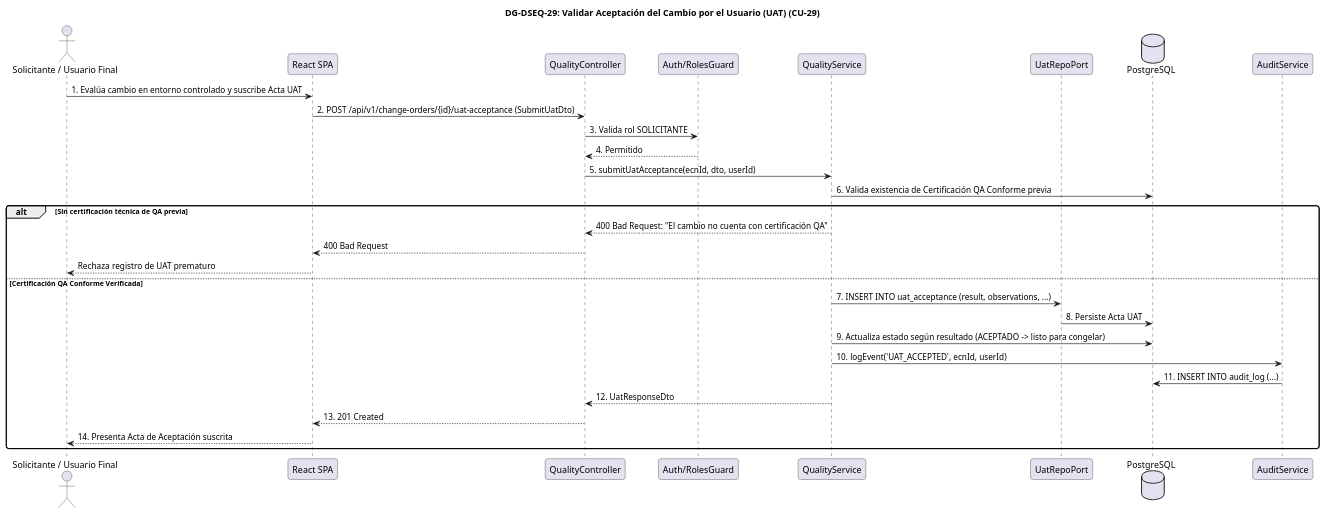
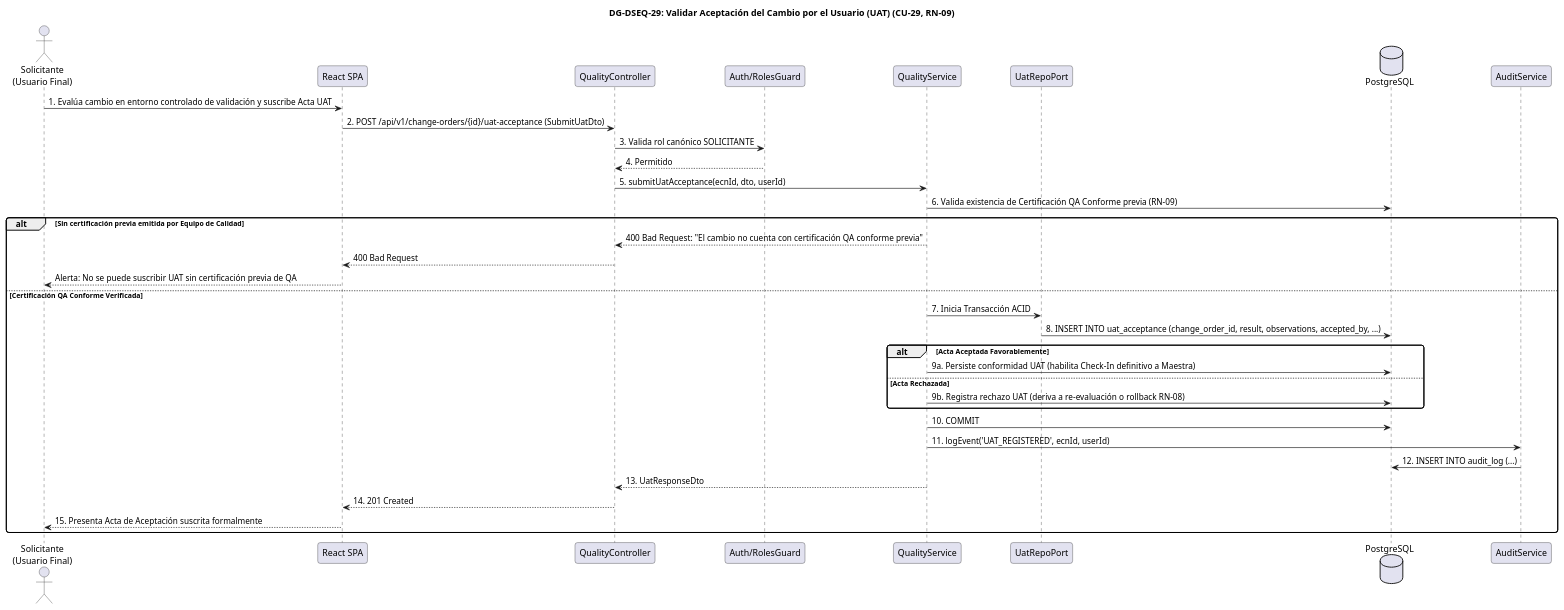
Before and after one commit to JMedina255/TraceFlow: diagram 13 of 15 in FD05-EPIS-Informe_SAD_Diseno.md, drawn with PlantUML. The commit also changed other lines of this file and 6 other files, not shown here.

````diff
--- a/FD05-EPIS-Informe_SAD_Diseno.md
+++ b/FD05-EPIS-Informe_SAD_Diseno.md
@@ -1689,41 +1772,46 @@
 ```plantuml
 @startuml
 skinparam shadowing false
 skinparam roundcorner 8
 skinparam defaultFontName Arial
 
-title <b>DG-DSEQ-29: Validar Aceptación del Cambio por el Usuario (UAT) (CU-29)</b>
+title <b>DG-DSEQ-29: Validar Aceptación del Cambio por el Usuario (UAT) (CU-29, RN-09)</b>
 
-actor "Solicitante / Usuario Final" as Actor
+actor "Solicitante\n(Usuario Final)" as Actor
 participant "React SPA" as UI
 participant "QualityController" as Ctrl
 participant "Auth/RolesGuard" as Guard
 participant "QualityService" as Service
 participant "UatRepoPort" as UatRepo
 database "PostgreSQL" as DB
 participant "AuditService" as Audit
 
-Actor -> UI : 1. Evalúa cambio en entorno controlado y suscribe Acta UAT
+Actor -> UI : 1. Evalúa cambio en entorno controlado de validación y suscribe Acta UAT
 UI -> Ctrl : 2. POST /api/v1/change-orders/{id}/uat-acceptance (SubmitUatDto)
-Ctrl -> Guard : 3. Valida rol SOLICITANTE
+Ctrl -> Guard : 3. Valida rol canónico SOLICITANTE
 Guard --> Ctrl : 4. Permitido
 Ctrl -> Service : 5. submitUatAcceptance(ecnId, dto, userId)
 
-Service -> DB : 6. Valida existencia de Certificación QA Conforme previa
-alt Sin certificación técnica de QA previa
-    Service --> Ctrl : 400 Bad Request: "El cambio no cuenta con certificación QA"
+Service -> DB : 6. Valida existencia de Certificación QA Conforme previa (RN-09)
+alt Sin certificación previa emitida por Equipo de Calidad
+    Service --> Ctrl : 400 Bad Request: "El cambio no cuenta con certificación QA conforme previa"
     Ctrl --> UI : 400 Bad Request
-    UI --> Actor : Rechaza registro de UAT prematuro
+    UI --> Actor : Alerta: No se puede suscribir UAT sin certificación previa de QA
 else Certificación QA Conforme Verificada
-    Service -> UatRepo : 7. INSERT INTO uat_acceptance (result, observations, ...)
-    UatRepo -> DB : 8. Persiste Acta UAT
-    Service -> DB : 9. Actualiza estado según resultado (ACEPTADO -> listo para congelar)
-    Service -> Audit : 10. logEvent('UAT_ACCEPTED', ecnId, userId)
-    Audit -> DB : 11. INSERT INTO audit_log (...)
-    Service --> Ctrl : 12. UatResponseDto
-    Ctrl --> UI : 13. 201 Created
-    UI --> Actor : 14. Presenta Acta de Aceptación suscrita
+    Service -> UatRepo : 7. Inicia Transacción ACID
+    UatRepo -> DB : 8. INSERT INTO uat_acceptance (change_order_id, result, observations, accepted_by, ...)
+    alt Acta Aceptada Favorablemente
+        Service -> DB : 9a. Persiste conformidad UAT (habilita Check-In definitivo a Maestra)
+    else Acta Rechazada
+        Service -> DB : 9b. Registra rechazo UAT (deriva a re-evaluación o rollback RN-08)
+    end
+    Service -> DB : 10. COMMIT
+    Service -> Audit : 11. logEvent('UAT_REGISTERED', ecnId, userId)
+    Audit -> DB : 12. INSERT INTO audit_log (...)
+    Service --> Ctrl : 13. UatResponseDto
+    Ctrl --> UI : 14. 201 Created
+    UI --> Actor : 15. Presenta Acta de Aceptación suscrita formalmente
 end
 
 @enduml
 ```
````
